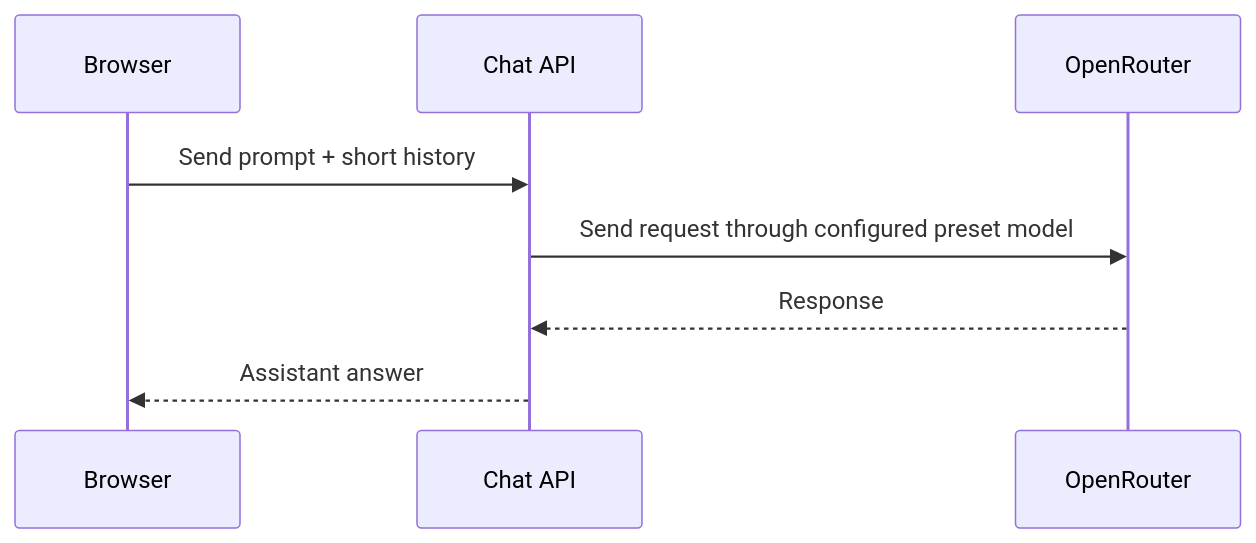
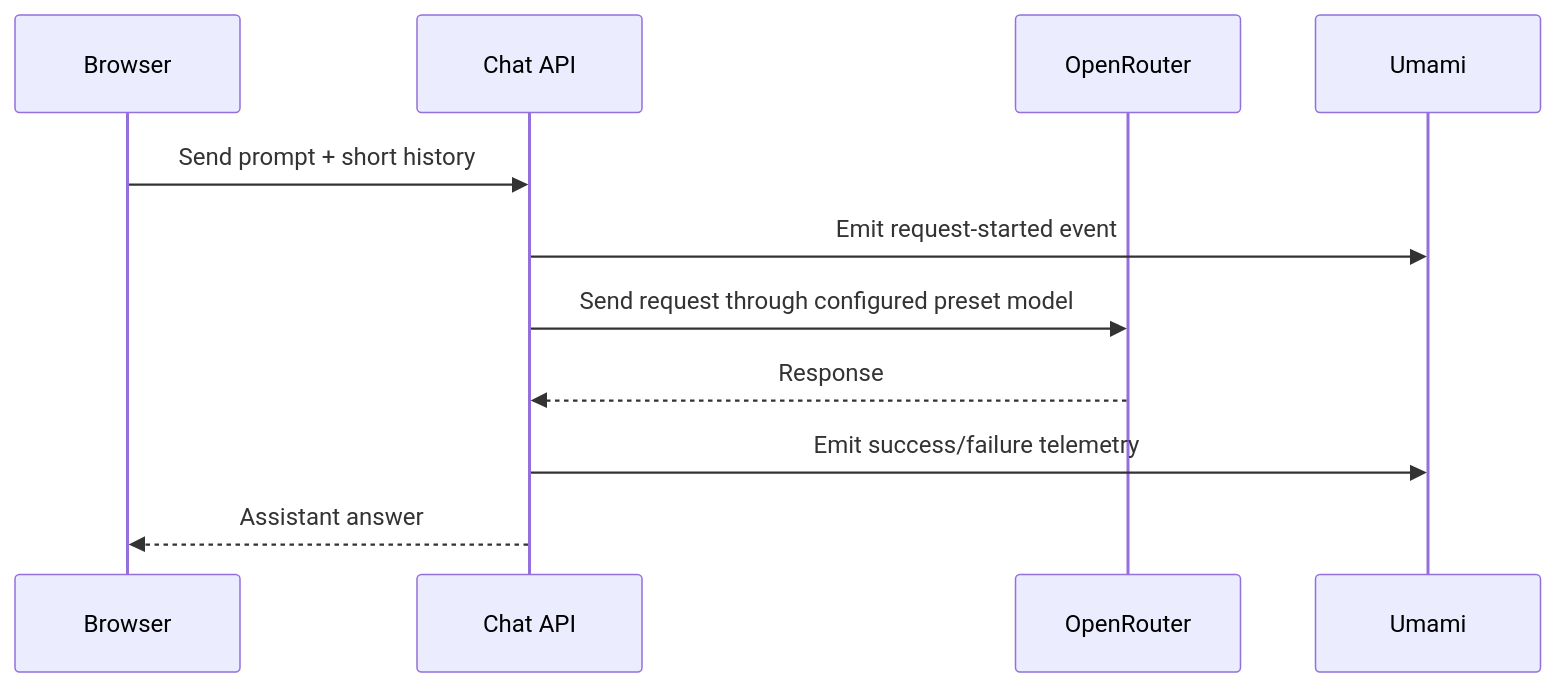
One commit to guilhermeledes/guilhermeledes.github.io changed the third of 4 diagrams in README.md. Above: the diagram before and after it, drawn with Mermaid. The commit also changed other lines of this file, not shown here.

````diff
--- a/README.md
+++ b/README.md
@@ -105,11 +121,14 @@
 ```mermaid
 sequenceDiagram
     participant B as Browser
     participant A as Chat API
     participant O as OpenRouter
+    participant M as Umami
 
     B->>A: Send prompt + short history
+    A->>M: Emit request-started event
     A->>O: Send request through configured preset model
     O-->>A: Response
+    A->>M: Emit success/failure telemetry
     A-->>B: Assistant answer
 ```
````
